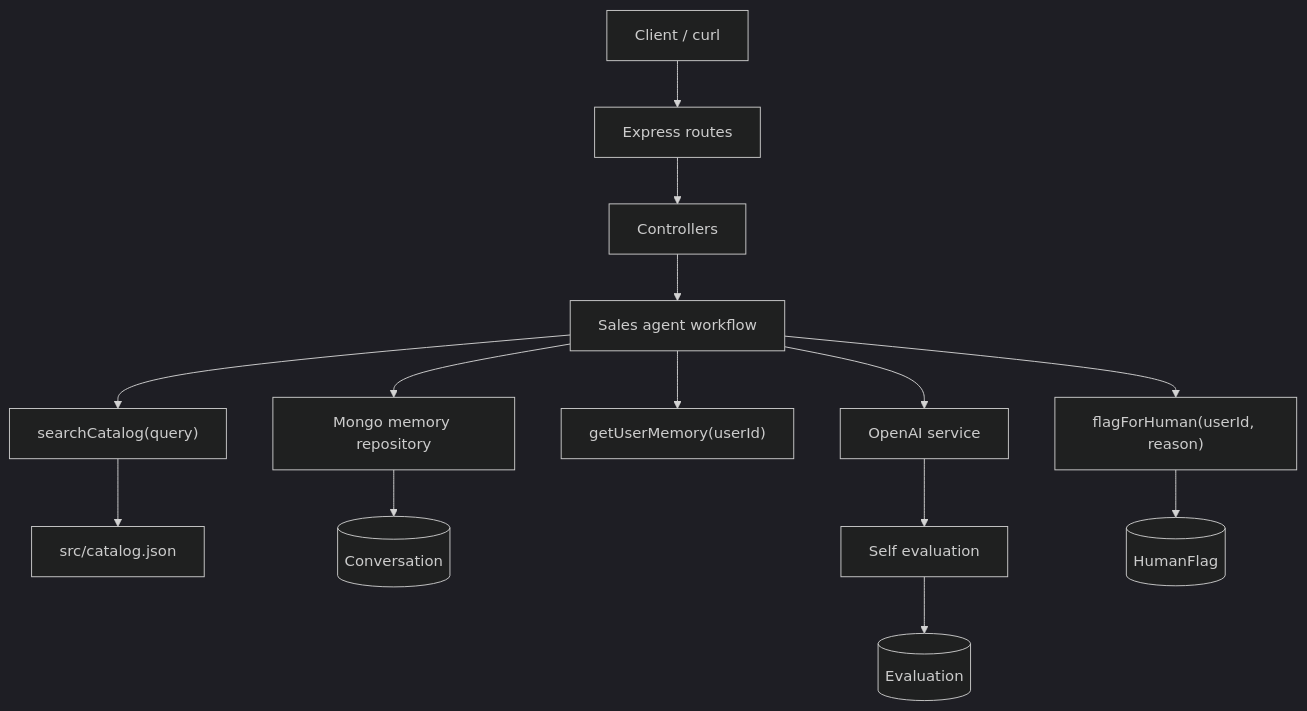
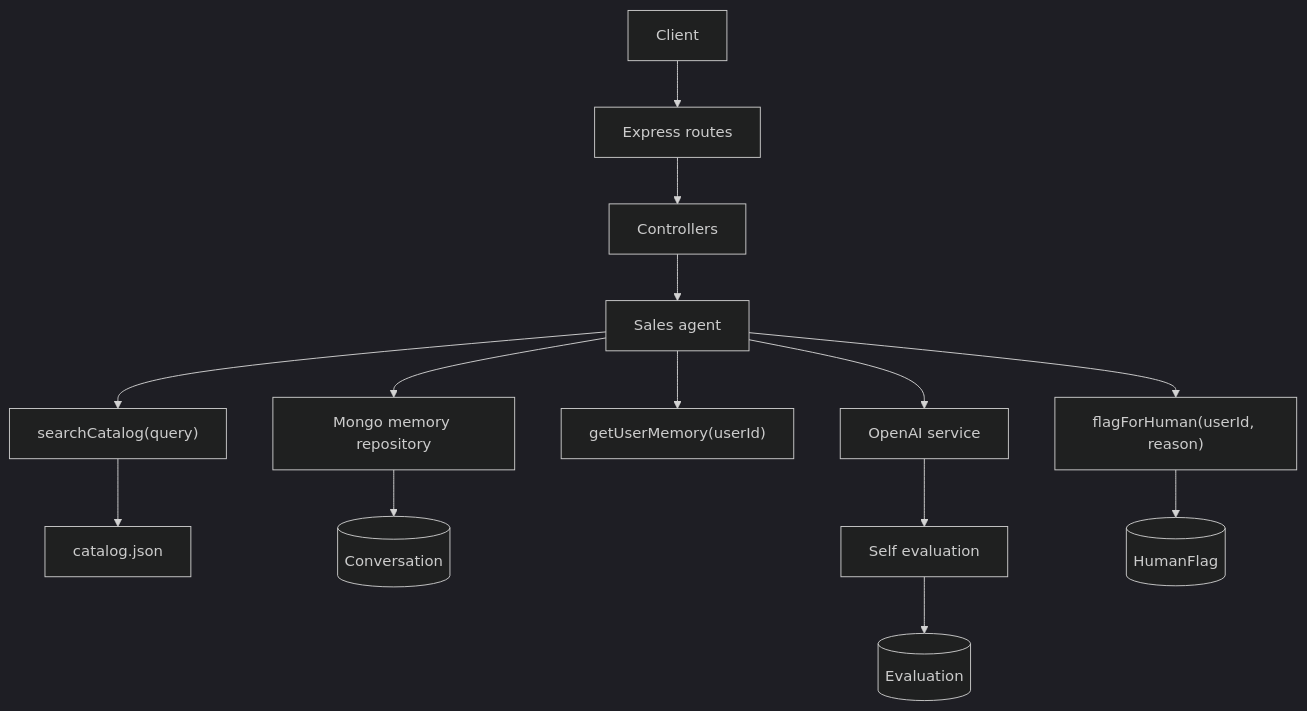
The diagram in README.md (Prakhar1980/persistent-sales-assistant-agent), drawn with Mermaid (dark theme) before and after one commit. The commit also changed other lines of this file and 1 other file, not shown here.

````diff
--- a/README.md
+++ b/README.md
@@ -19,16 +21,16 @@
 ```mermaid
 flowchart TD
-    Client["Client / curl"] --> Routes["Express routes"]
+    Client["Client"] --> Routes["Express routes"]
     Routes --> Controllers["Controllers"]
-    Controllers --> Agent["Sales agent workflow"]
+    Controllers --> Agent["Sales agent"]
     Agent --> Memory["Mongo memory repository"]
     Agent --> CatalogTool["searchCatalog(query)"]
     Agent --> MemoryTool["getUserMemory(userId)"]
     Agent --> FlagTool["flagForHuman(userId, reason)"]
     Agent --> OpenAI["OpenAI service"]
-    CatalogTool --> Catalog["src/catalog.json"]
+    CatalogTool --> Catalog["catalog.json"]
     Memory --> Conversation[(Conversation)]
     OpenAI --> Eval["Self evaluation"]
     Eval --> Evaluation[(Evaluation)]
     FlagTool --> HumanFlag[(HumanFlag)]
 ```
````
